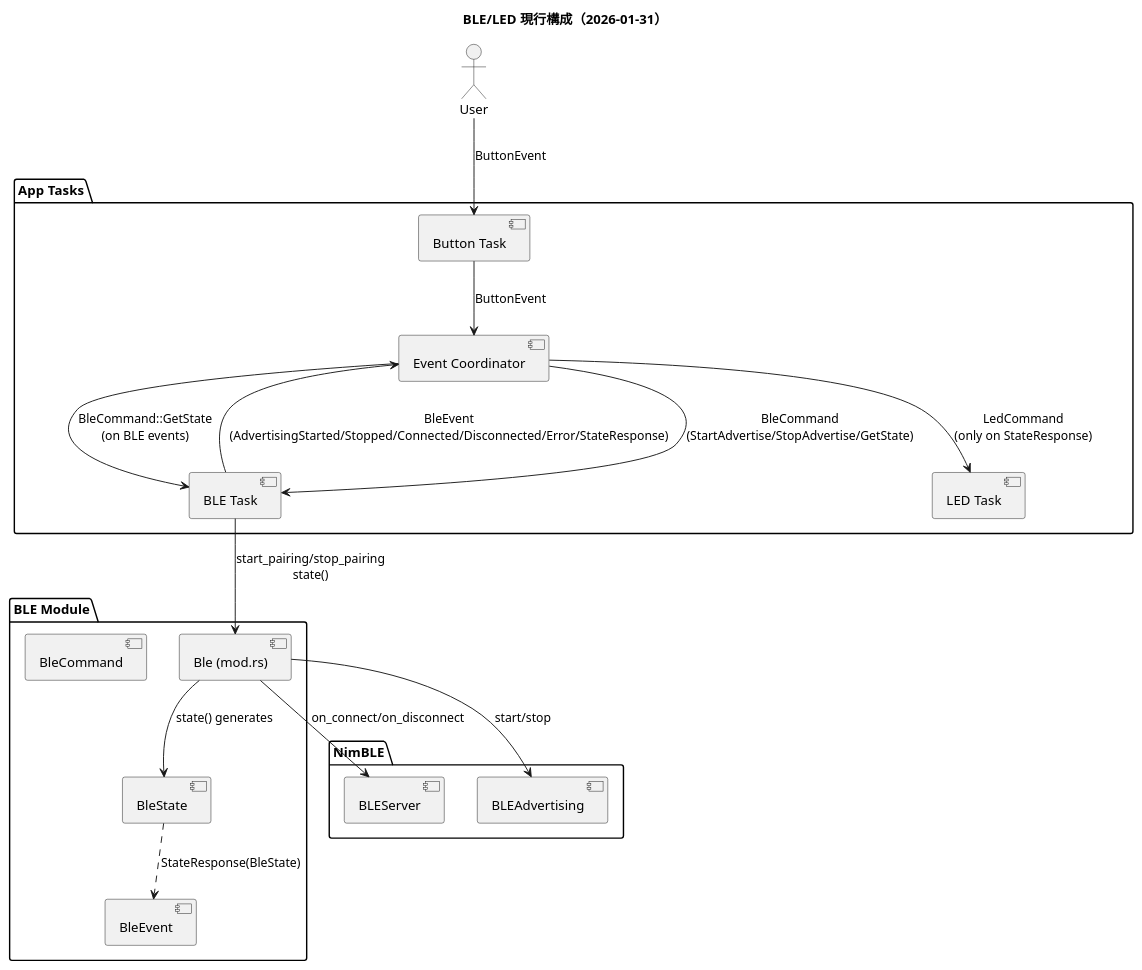
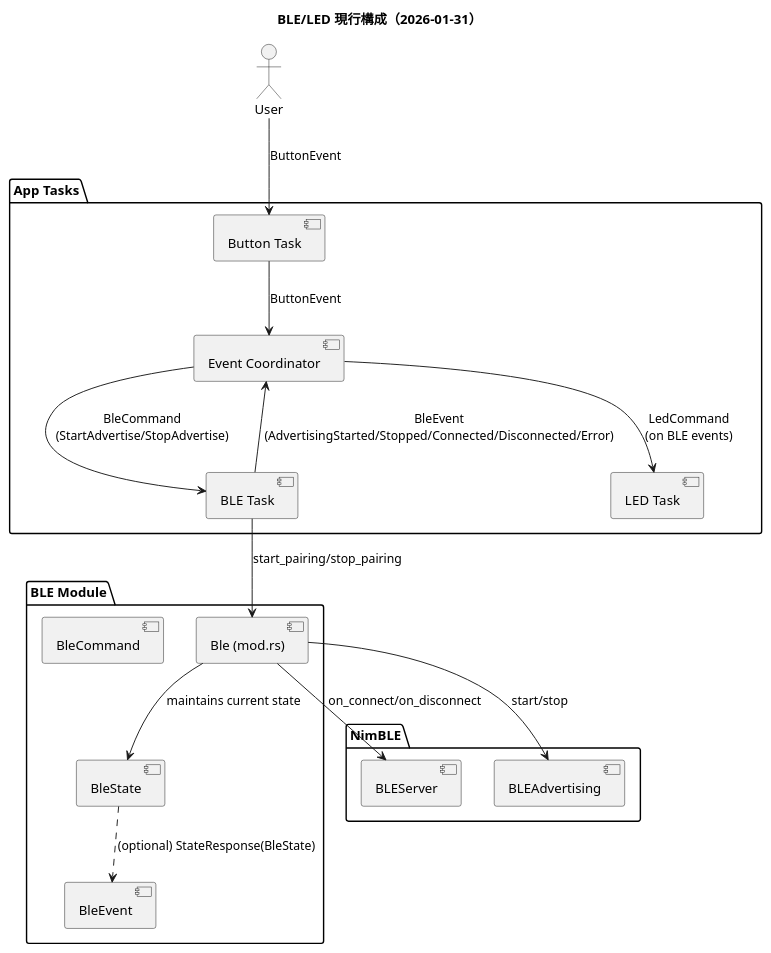
One commit to rian-hotate/arduino changed the diagram in esp32/esp32-devkit-v1/README.md. Above: the diagram before and after it, drawn with PlantUML. The commit also changed 2 other files, not shown here.

Commit message:
feat: BLEの広告停止処理のエラーハンドリングを追加
README.md:
- BLEコマンドのフロー図を更新し、状態応答のオプションを明示化。

ble_task.rs:
- BLE広告停止時のエラーハンドリングを追加し、失敗時にエラーログを出力。
- ペアリングタイムアウト時の広告停止処理にエラーハンドリングを追加。

mod.rs:
- 広告停止処理において、初期化されていない場合の警告ログを追加。

````diff
--- a/esp32/esp32-devkit-v1/README.md
+++ b/esp32/esp32-devkit-v1/README.md
@@ -18,43 +18,42 @@
 ```plantuml
 @startuml
 title BLE/LED 現行構成（2026-01-31）
 
 actor User as User
 
 package "App Tasks" {
 	[Button Task] as ButtonTask
 	[BLE Task] as BleTask
 	[LED Task] as LedTask
 	[Event Coordinator] as EventCoord
 }
 
 package "BLE Module" {
 	[Ble (mod.rs)] as Ble
 	[BleState] as BleState
 	[BleEvent] as BleEvent
 	[BleCommand] as BleCommand
 }
 
 package "NimBLE" {
 	[BLEServer] as BLEServer
 	[BLEAdvertising] as BLEAdvertising
 }
 
 User --> ButtonTask : ButtonEvent
 ButtonTask --> EventCoord : ButtonEvent
 
-EventCoord --> BleTask : BleCommand\n(StartAdvertise/StopAdvertise/GetState)
-BleTask --> Ble : start_pairing/stop_pairing\nstate()
-BleTask --> EventCoord : BleEvent\n(AdvertisingStarted/Stopped/Connected/Disconnected/Error/StateResponse)
+EventCoord --> BleTask : BleCommand\n(StartAdvertise/StopAdvertise)
+BleTask --> Ble : start_pairing/stop_pairing
+BleTask --> EventCoord : BleEvent\n(AdvertisingStarted/Stopped/Connected/Disconnected/Error)
 
 Ble --> BLEServer : on_connect/on_disconnect
 Ble --> BLEAdvertising : start/stop
-Ble --> BleState : state() generates
+Ble --> BleState : maintains current state
 
-EventCoord --> LedTask : LedCommand\n(only on StateResponse)
-EventCoord --> BleTask : BleCommand::GetState\n(on BLE events)
+EventCoord --> LedTask : LedCommand\n(on BLE events)
 
-BleState ..> BleEvent : StateResponse(BleState)
+BleState ..> BleEvent : (optional) StateResponse(BleState)
 
 @enduml
 ```
````
